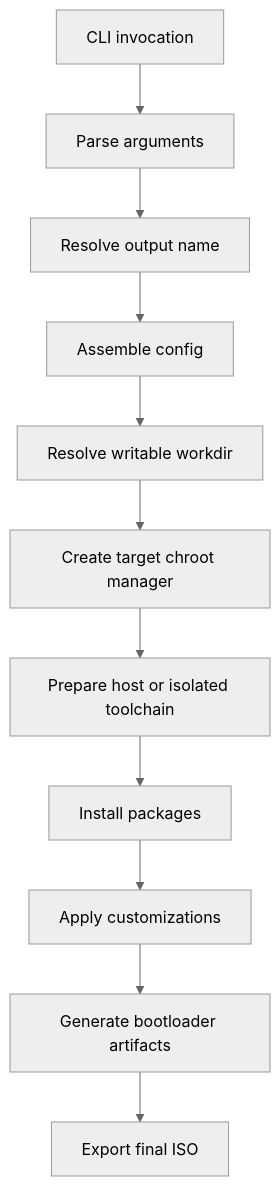
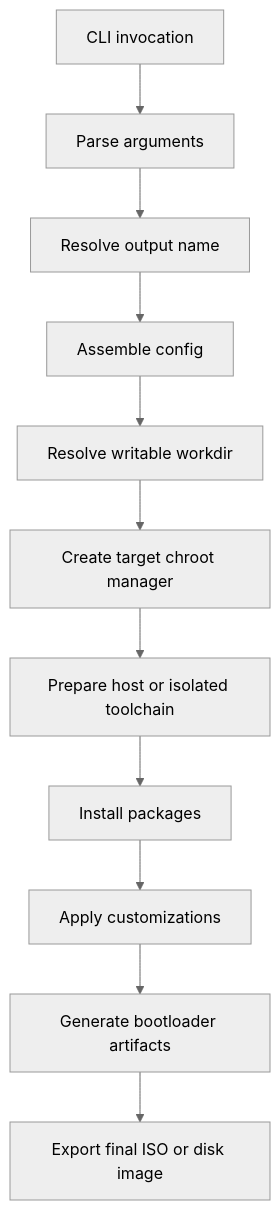
The first of 2 diagrams in docs/build-pipeline.md (acoroslinux/arch-builder), drawn with Mermaid (neutral theme) before and after one commit. The commit also changed other lines of this file and 124 other files, not shown here.

```diff
--- a/docs/build-pipeline.md
+++ b/docs/build-pipeline.md
@@ -7,13 +7,13 @@
 <pre class="mermaid">
 flowchart TD
 	START[CLI invocation] --> PARSE[Parse arguments]
 	PARSE --> NAME[Resolve output name]
 	NAME --> MERGE[Assemble config]
 	MERGE --> WORKDIR[Resolve writable workdir]
 	WORKDIR --> CHROOT[Create target chroot manager]
 	CHROOT --> TOOLCHAIN[Prepare host or isolated toolchain]
 	TOOLCHAIN --> PKG[Install packages]
 	PKG --> CUSTOM[Apply customizations]
 	CUSTOM --> BOOT[Generate bootloader artifacts]
-	BOOT --> FINAL[Export final ISO]
+	BOOT --> FINAL[Export final ISO or disk image]
 </pre>
```
